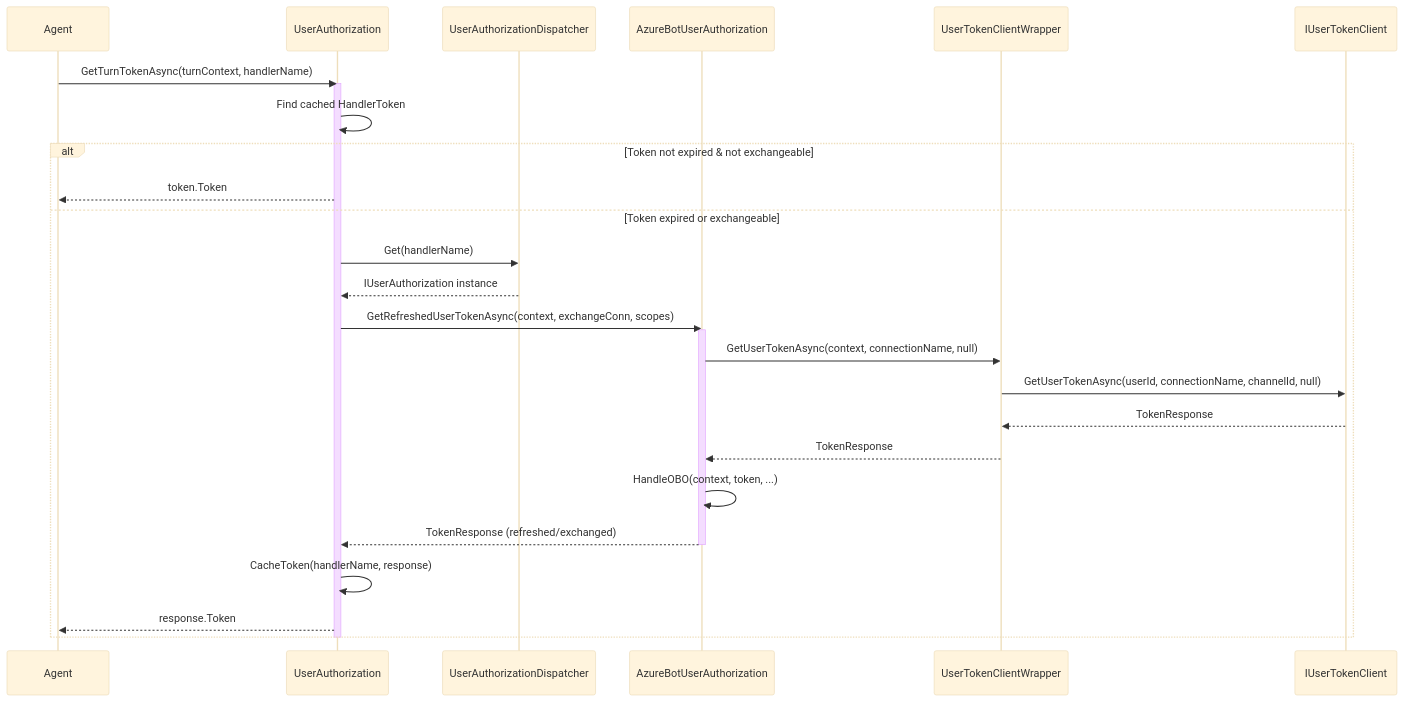
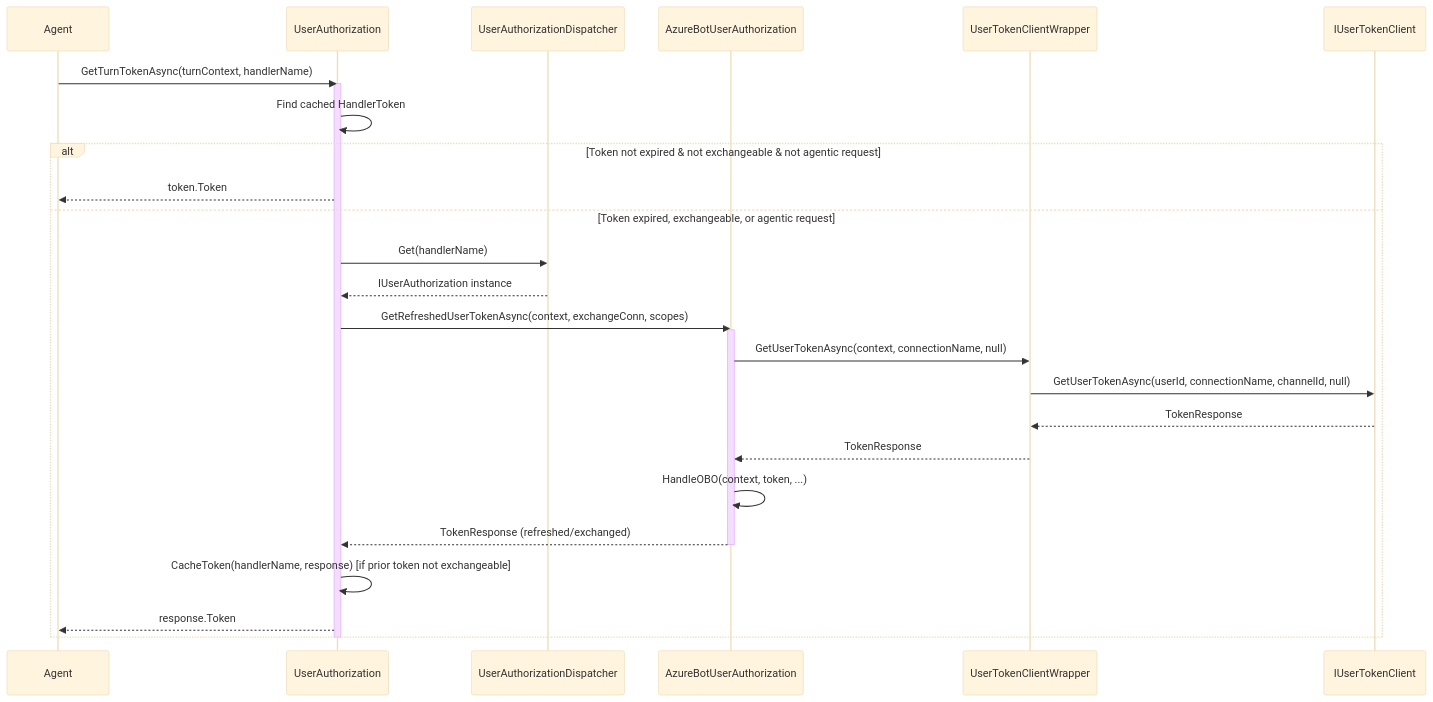
One commit to microsoft/Agents-for-net changed the fifth of 5 diagrams in docs/oauth-internal-sequence-diagram.md. Above: the diagram before and after it, drawn with Mermaid (base theme). The commit also changed other lines of this file and 6 other files, not shown here.

Commit message:
docs: apply sequence diagram drift fixes from issue 929

````diff
--- a/docs/oauth-internal-sequence-diagram.md
+++ b/docs/oauth-internal-sequence-diagram.md
@@ -266,32 +265,32 @@
 ```mermaid
 sequenceDiagram
     participant Agent
     participant UA as UserAuthorization
     participant Disp as UserAuthorizationDispatcher
     participant ABUA as AzureBotUserAuthorization
     participant Wrapper as UserTokenClientWrapper
     participant Client as IUserTokenClient
 
     Agent->>UA: GetTurnTokenAsync(turnContext, handlerName)
     activate UA
     UA->>UA: Find cached HandlerToken
 
-    alt Token not expired & not exchangeable
+    alt Token not expired & not exchangeable & not agentic request
         UA-->>Agent: token.Token
-    else Token expired or exchangeable
+    else Token expired, exchangeable, or agentic request
         UA->>Disp: Get(handlerName)
         Disp-->>UA: IUserAuthorization instance
         UA->>ABUA: GetRefreshedUserTokenAsync(context, exchangeConn, scopes)
         activate ABUA
         ABUA->>Wrapper: GetUserTokenAsync(context, connectionName, null)
         Wrapper->>Client: GetUserTokenAsync(userId, connectionName, channelId, null)
         Client-->>Wrapper: TokenResponse
         Wrapper-->>ABUA: TokenResponse
         ABUA->>ABUA: HandleOBO(context, token, ...)
         ABUA-->>UA: TokenResponse (refreshed/exchanged)
         deactivate ABUA
-        UA->>UA: CacheToken(handlerName, response)
+        UA->>UA: CacheToken(handlerName, response) [if prior token not exchangeable]
         UA-->>Agent: response.Token
     end
     deactivate UA
 ```
````
